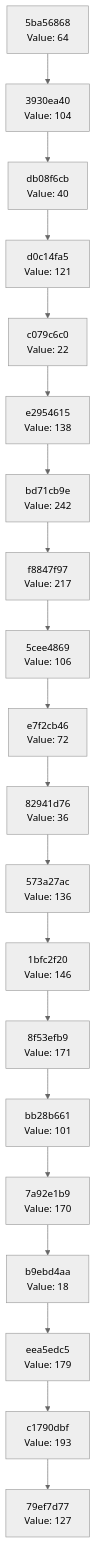
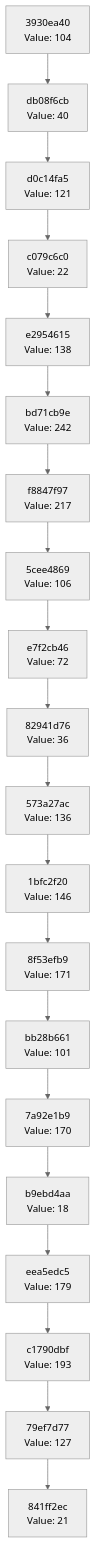
The diagram in docs/CHAIN_VISUALIZATION.md (Abhisheksinha1506/hash-chain-evolver), drawn with Mermaid (neutral theme) before and after one commit. The commit also changed 3 other files, not shown here.

````diff
--- a/docs/CHAIN_VISUALIZATION.md
+++ b/docs/CHAIN_VISUALIZATION.md
@@ -3,42 +3,42 @@
 ```mermaid
 graph TD
-    C0["79ef7d77<br/>Value: 127"]
-    C1["c1790dbf<br/>Value: 193"]
+    C0["841ff2ec<br/>Value: 21"]
+    C1["79ef7d77<br/>Value: 127"]
     C1 --> C0
-    C2["eea5edc5<br/>Value: 179"]
+    C2["c1790dbf<br/>Value: 193"]
     C2 --> C1
-    C3["b9ebd4aa<br/>Value: 18"]
+    C3["eea5edc5<br/>Value: 179"]
     C3 --> C2
-    C4["7a92e1b9<br/>Value: 170"]
+    C4["b9ebd4aa<br/>Value: 18"]
     C4 --> C3
-    C5["bb28b661<br/>Value: 101"]
+    C5["7a92e1b9<br/>Value: 170"]
     C5 --> C4
-    C6["8f53efb9<br/>Value: 171"]
+    C6["bb28b661<br/>Value: 101"]
     C6 --> C5
-    C7["1bfc2f20<br/>Value: 146"]
+    C7["8f53efb9<br/>Value: 171"]
     C7 --> C6
-    C8["573a27ac<br/>Value: 136"]
+    C8["1bfc2f20<br/>Value: 146"]
     C8 --> C7
-    C9["82941d76<br/>Value: 36"]
+    C9["573a27ac<br/>Value: 136"]
     C9 --> C8
-    C10["e7f2cb46<br/>Value: 72"]
+    C10["82941d76<br/>Value: 36"]
     C10 --> C9
-    C11["5cee4869<br/>Value: 106"]
+    C11["e7f2cb46<br/>Value: 72"]
     C11 --> C10
-    C12["f8847f97<br/>Value: 217"]
+    C12["5cee4869<br/>Value: 106"]
     C12 --> C11
-    C13["bd71cb9e<br/>Value: 242"]
+    C13["f8847f97<br/>Value: 217"]
     C13 --> C12
-    C14["e2954615<br/>Value: 138"]
+    C14["bd71cb9e<br/>Value: 242"]
     C14 --> C13
-    C15["c079c6c0<br/>Value: 22"]
+    C15["e2954615<br/>Value: 138"]
     C15 --> C14
-    C16["d0c14fa5<br/>Value: 121"]
+    C16["c079c6c0<br/>Value: 22"]
     C16 --> C15
-    C17["db08f6cb<br/>Value: 40"]
+    C17["d0c14fa5<br/>Value: 121"]
     C17 --> C16
-    C18["3930ea40<br/>Value: 104"]
+    C18["db08f6cb<br/>Value: 40"]
     C18 --> C17
-    C19["5ba56868<br/>Value: 64"]
+    C19["3930ea40<br/>Value: 104"]
     C19 --> C18
 ```
````
